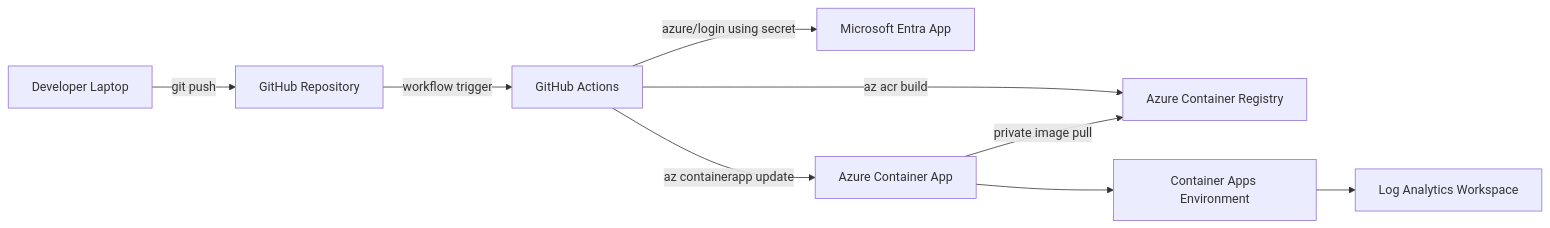
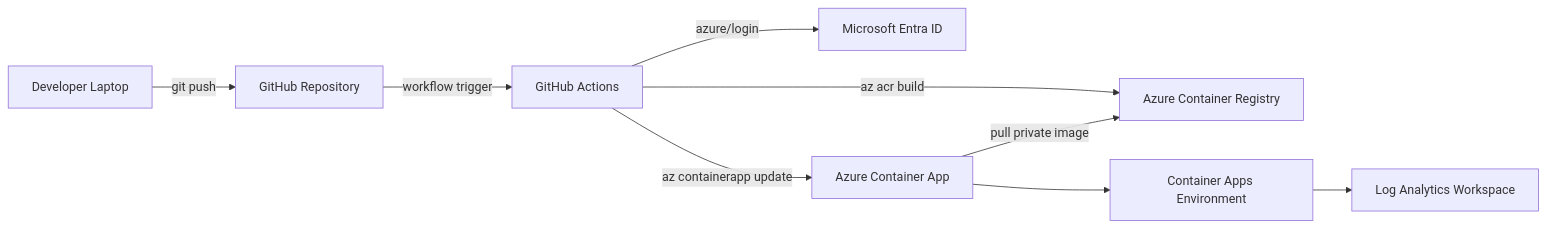
One commit to anandprabhusk/azure-container-apps-ci-cd changed the first of 2 diagrams in README.md. Above: the diagram before and after it, drawn with Mermaid. The commit also changed other lines of this file, not shown here.

````diff
--- a/README.md
+++ b/README.md
@@ -19,13 +50,13 @@
 ```mermaid
 flowchart LR
   Dev[Developer Laptop] -->|git push| GH[GitHub Repository]
   GH -->|workflow trigger| GA[GitHub Actions]
 
-  GA -->|azure/login using secret| AAD[Microsoft Entra App]
+  GA -->|azure/login| AAD[Microsoft Entra ID]
   GA -->|az acr build| ACR[Azure Container Registry]
   GA -->|az containerapp update| ACA[Azure Container App]
 
-  ACA -->|private image pull| ACR
+  ACA -->|pull private image| ACR
   ACA --> ENV[Container Apps Environment]
   ENV --> LAW[Log Analytics Workspace]
 ```
````
